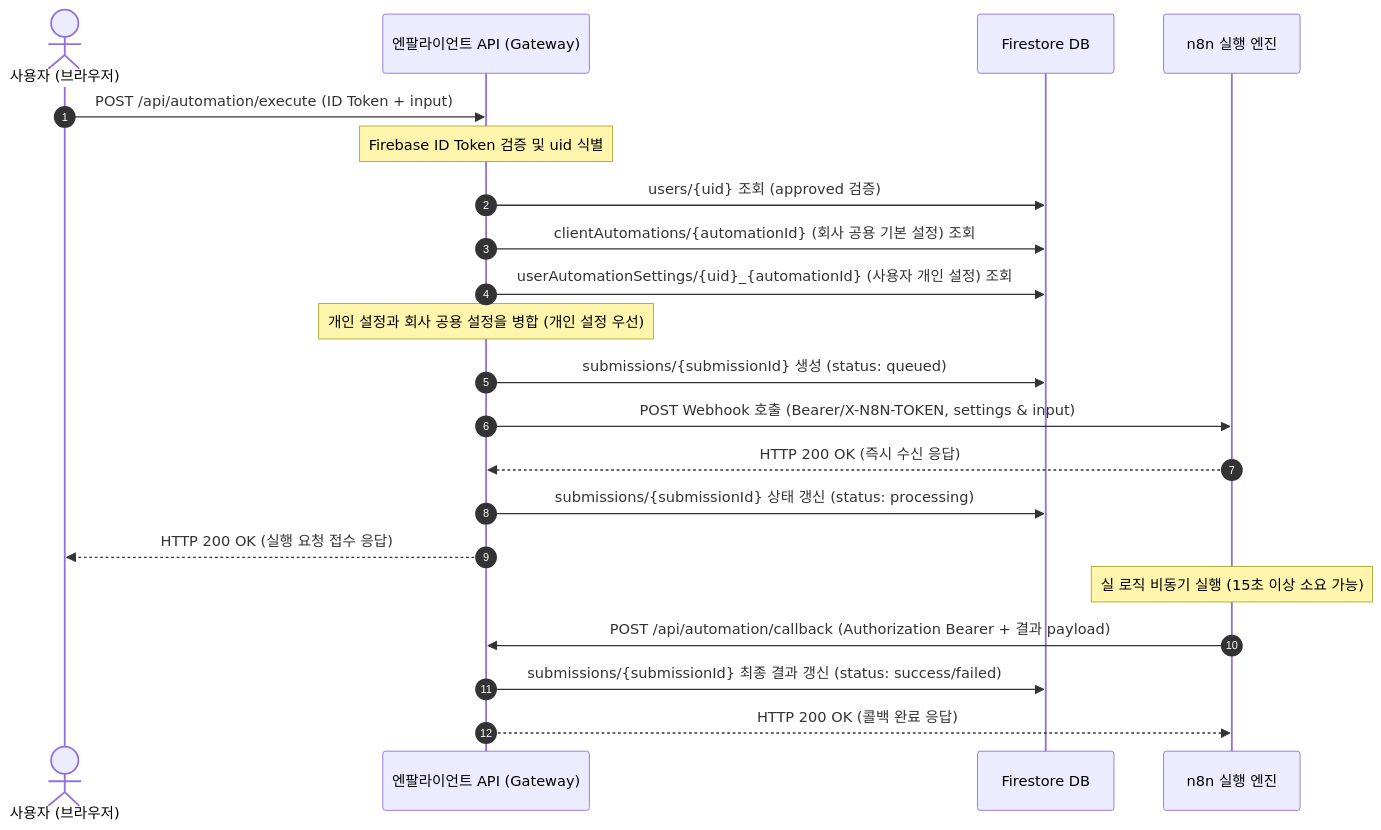
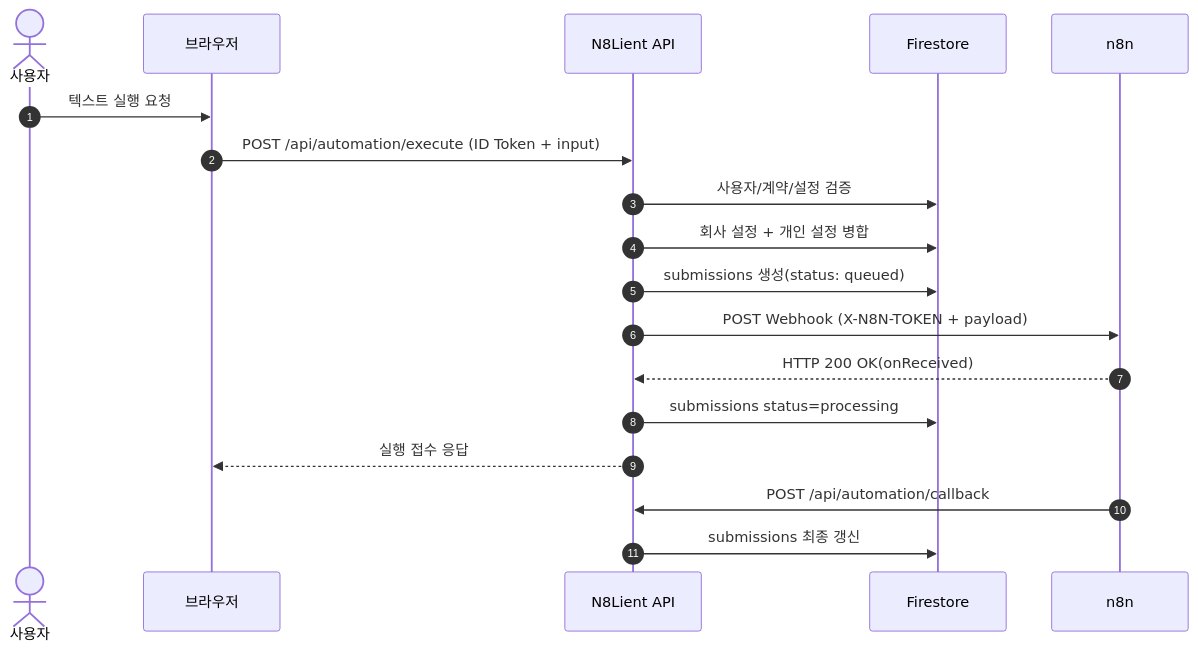
The first of 3 diagrams in docs/n8n-integration/N8Lient_Webhook_Callback_연동규약서.md (jang-seung-hee/n8lient), drawn with Mermaid before and after one commit. The commit also changed other lines of this file and 12 other files, not shown here.

````diff
--- a/docs/n8n-integration/N8Lient_Webhook_Callback_연동규약서.md
+++ b/docs/n8n-integration/N8Lient_Webhook_Callback_연동규약서.md
@@ -22,26 +27,21 @@
 ```mermaid
 sequenceDiagram
     autonumber
-    actor User as 사용자 (브라우저)
-    participant GW as 엔팔라이언트 API (Gateway)
-    participant FS as Firestore DB
-    participant n8n as n8n 실행 엔진
+    actor User as 사용자
+    participant FE as 브라우저
+    participant GW as N8Lient API
+    participant FS as Firestore
+    participant N8N as n8n
 
-    User->>GW: POST /api/automation/execute (ID Token + input)
-    Note over GW: Firebase ID Token 검증 및 uid 식별
-    GW->>FS: users/{uid} 조회 (approved 검증)
-    GW->>FS: clientAutomations/{automationId} (회사 공용 기본 설정) 조회
-    GW->>FS: userAutomationSettings/{uid}_{automationId} (사용자 개인 설정) 조회
-    Note over GW: 개인 설정과 회사 공용 설정을 병합 (개인 설정 우선)
-    GW->>FS: submissions/{submissionId} 생성 (status: queued)
-    GW->>n8n: POST Webhook 호출 (Bearer/X-N8N-TOKEN, settings & input)
-    n8n-->>GW: HTTP 200 OK (즉시 수신 응답)
-    GW->>FS: submissions/{submissionId} 상태 갱신 (status: processing)
-    GW-->>User: HTTP 200 OK (실행 요청 접수 응답)
-    
-    Note over n8n: 실 로직 비동기 실행 (15초 이상 소요 가능)
-    
-    n8n->>GW: POST /api/automation/callback (Authorization Bearer + 결과 payload)
-    GW->>FS: submissions/{submissionId} 최종 결과 갱신 (status: success/failed)
-    GW-->>n8n: HTTP 200 OK (콜백 완료 응답)
+    User->>FE: 텍스트 실행 요청
+    FE->>GW: POST /api/automation/execute (ID Token + input)
+    GW->>FS: 사용자/계약/설정 검증
+    GW->>FS: 회사 설정 + 개인 설정 병합
+    GW->>FS: submissions 생성(status: queued)
+    GW->>N8N: POST Webhook (X-N8N-TOKEN + payload)
+    N8N-->>GW: HTTP 200 OK(onReceived)
+    GW->>FS: submissions status=processing
+    GW-->>FE: 실행 접수 응답
+    N8N->>GW: POST /api/automation/callback
+    GW->>FS: submissions 최종 갱신
 ```
````
